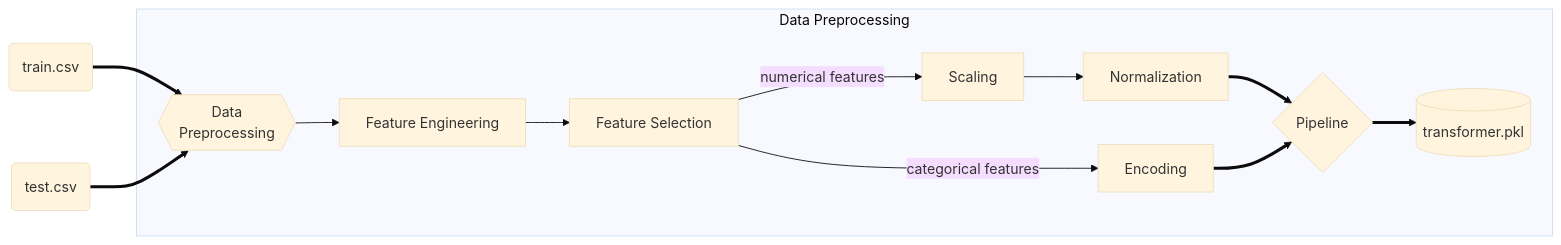
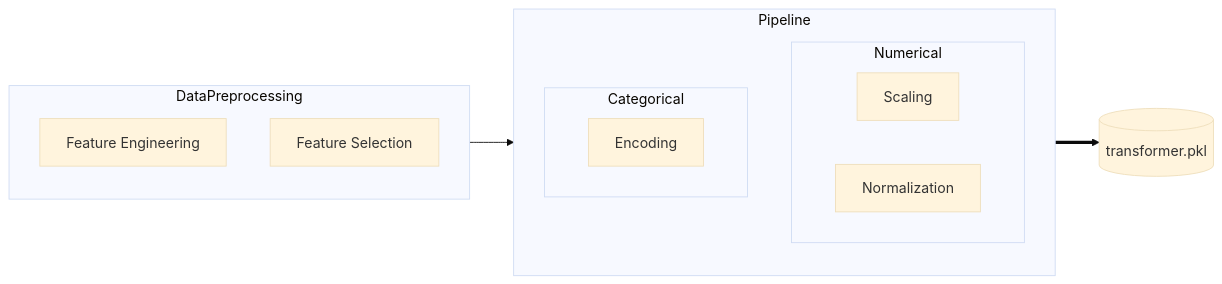
Before and after one commit to arv-anshul/ineuron-project-docs-template: the second of 6 diagrams in docs/markdowns/LLD.md, drawn with Mermaid (base theme). The commit also changed other lines of this file and 2 other files, not shown here.

Commit message:
Modify graphs & numbring

````diff
--- a/docs/markdowns/LLD.md
+++ b/docs/markdowns/LLD.md
@@ -60,17 +60,21 @@
 ```mermaid
 flowchart LR
 
-    A1(train.csv) ==> B{{Data\n Preprocessing}}
-    A2(test.csv) ==> B
+    subgraph DataPreprocessing
+        C[Feature Engineering]
+        D[Feature Selection]
+    end
 
-    subgraph Data Preprocessing
-        B --> C[Feature Engineering] --> D[Feature Selection]
+    subgraph Pipeline
+        subgraph Numerical
+            E[Scaling]
+            F[Normalization]
+        end
 
-        D --> |numerical features| E[Scaling] --> F[Normalization]
-        D --> |categorical features| G[Encoding]
+        subgraph Categorical
+            G[Encoding]
+        end
+    end
 
-        H{Pipeline} ==> X[(transformer.pkl)]
-        F ==> H
-        G ==> H
-    end
+    DataPreprocessing --> Pipeline ==> X[(transformer.pkl)]
 ```
````
